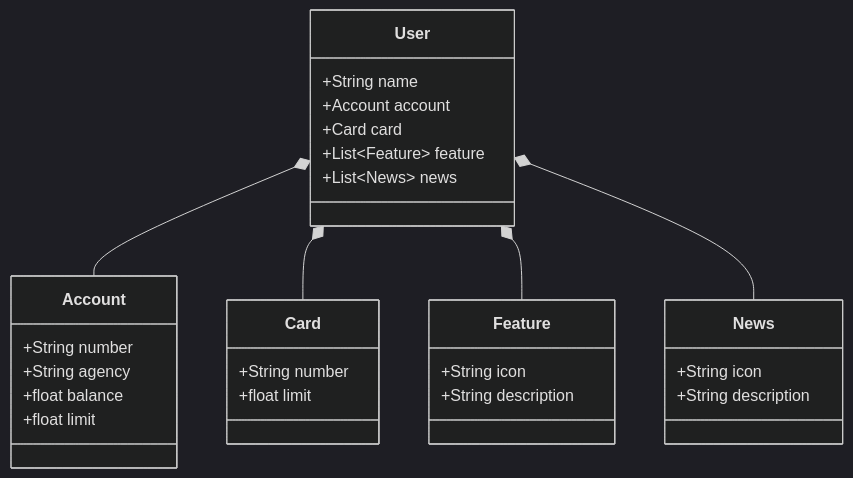
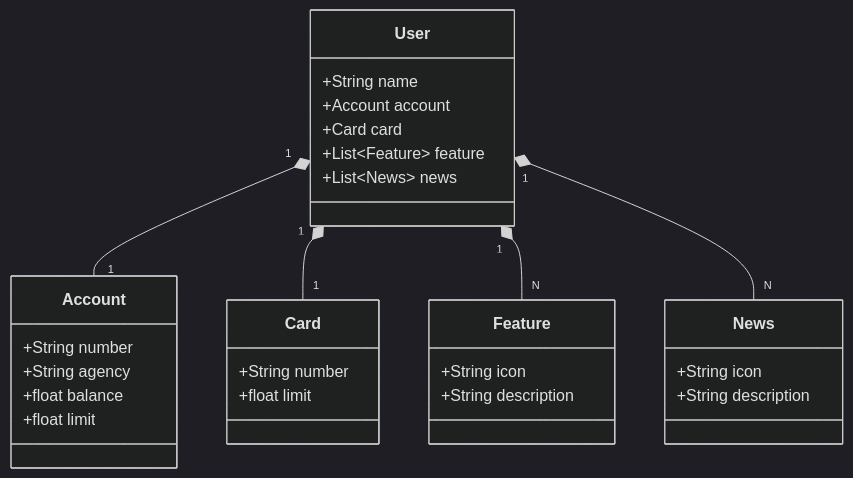
The diagram in README.md (iagobarross/minha-primeira-api-restful), drawn with Mermaid (dark theme) before and after one commit. The commit also changed other lines of this file, not shown here.

````diff
--- a/README.md
+++ b/README.md
@@ -5,39 +5,39 @@
 ```mermaid
   
     classDiagram
   class User {
       +String name
       +Account account
       +Card card
       +List~Feature~ feature
       +List~News~ news
   }
 
   class Account {
       +String number
       +String agency
       +float balance
       +float limit
   }
 
   class Feature {
       +String icon
       +String description
   }
 
   class Card {
       +String number
       +float limit
   }
 
   class News {
       +String icon
       +String description
   }
 
-  User *-- Account
-  User *-- Card
-  User *-- Feature
-  User *-- News
+  User "1" *-- "1" Account
+  User "1" *-- "1" Card
+  User "1" *-- "N" Feature
+  User "1" *-- "N" News
 
 ```
````
